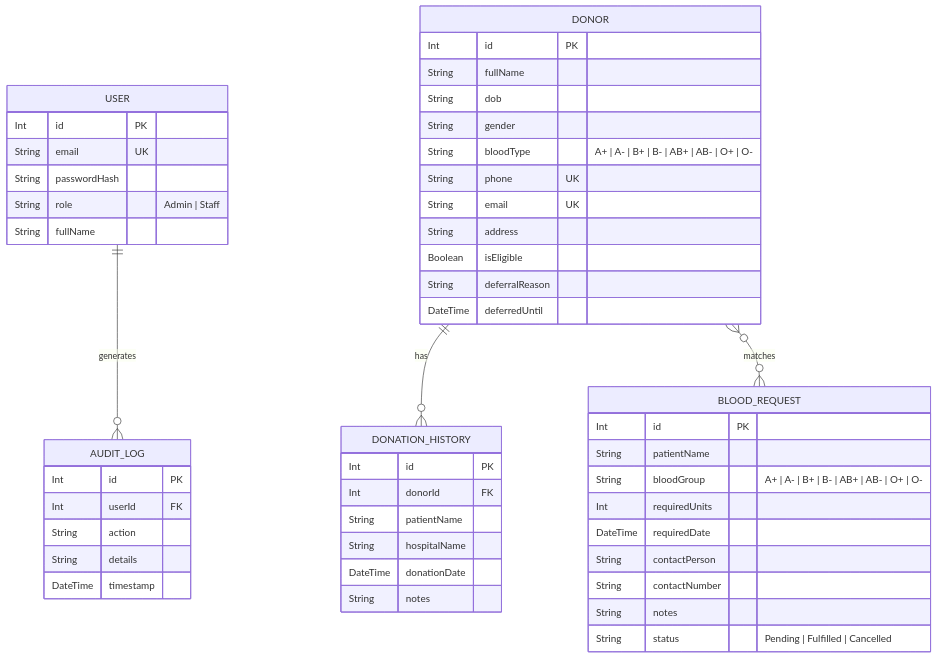
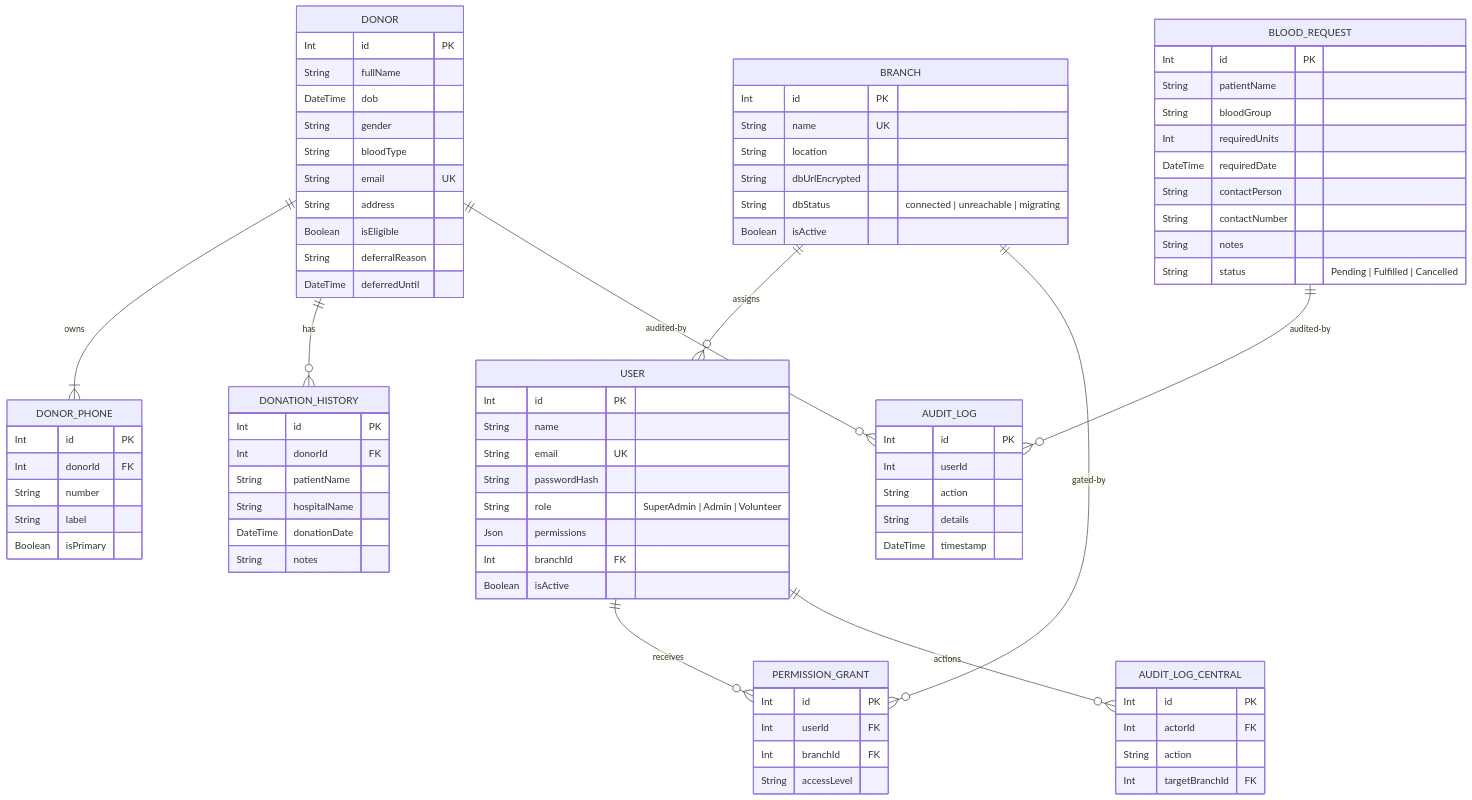
The diagram in docs/idea.md (rangpurquantum-web/blood-management-), drawn with Mermaid before and after one commit. The commit also changed other lines of this file and 56 other files, not shown here.

````diff
--- a/docs/idea.md
+++ b/docs/idea.md
@@ -43,31 +48,69 @@
 ```mermaid
 erDiagram
-    USER ||--o{ AUDIT_LOG : generates
-    DONOR ||--o{ DONATION_HISTORY : has
-    DONOR }o--o{ BLOOD_REQUEST : matches
-    
+    %% Control Database Entities
+    BRANCH ||--o{ USER : "assigns"
+    USER ||--o{ PERMISSION_GRANT : "receives"
+    BRANCH ||--o{ PERMISSION_GRANT : "gated-by"
+    USER ||--o{ AUDIT_LOG_CENTRAL : "actions"
+
+    %% Branch Database Entities
+    DONOR ||--|{ DONOR_PHONE : "owns"
+    DONOR ||--o{ DONATION_HISTORY : "has"
+    DONOR ||--o{ AUDIT_LOG : "audited-by"
+    BLOOD_REQUEST ||--o{ AUDIT_LOG : "audited-by"
+
+    %% Control DB Attributes
+    BRANCH {
+        Int id PK
+        String name UK
+        String location
+        String dbUrlEncrypted
+        String dbStatus "connected | unreachable | migrating"
+        Boolean isActive
+    }
     USER {
         Int id PK
+        String name
         String email UK
         String passwordHash
-        String role "Admin | Staff"
-        String fullName
+        String role "SuperAdmin | Admin | Volunteer"
+        Json permissions
+        Int branchId FK
+        Boolean isActive
     }
-    
+    PERMISSION_GRANT {
+        Int id PK
+        Int userId FK
+        Int branchId FK
+        String accessLevel
+    }
+    AUDIT_LOG_CENTRAL {
+        Int id PK
+        Int actorId FK
+        String action
+        Int targetBranchId FK
+    }
+
+    %% Branch DB Attributes
     DONOR {
         Int id PK
         String fullName
-        String dob
+        DateTime dob
         String gender
-        String bloodType "A+ | A- | B+ | B- | AB+ | AB- | O+ | O-"
-        String phone UK
+        String bloodType
         String email UK
         String address
         Boolean isEligible
         String deferralReason
         DateTime deferredUntil
     }
-
+    DONOR_PHONE {
+        Int id PK
+        Int donorId FK
+        String number
+        String label
+        Boolean isPrimary
+    }
     DONATION_HISTORY {
         Int id PK
         Int donorId FK
@@ -76,11 +119,10 @@
         DateTime donationDate
         String notes
     }
-
     BLOOD_REQUEST {
         Int id PK
         String patientName
-        String bloodGroup "A+ | A- | B+ | B- | AB+ | AB- | O+ | O-"
+        String bloodGroup
         Int requiredUnits
         DateTime requiredDate
         String contactPerson
@@ -88,10 +130,9 @@
         String notes
         String status "Pending | Fulfilled | Cancelled"
     }
-
     AUDIT_LOG {
         Int id PK
-        Int userId FK
+        Int userId
         String action
         String details
         DateTime timestamp
````
